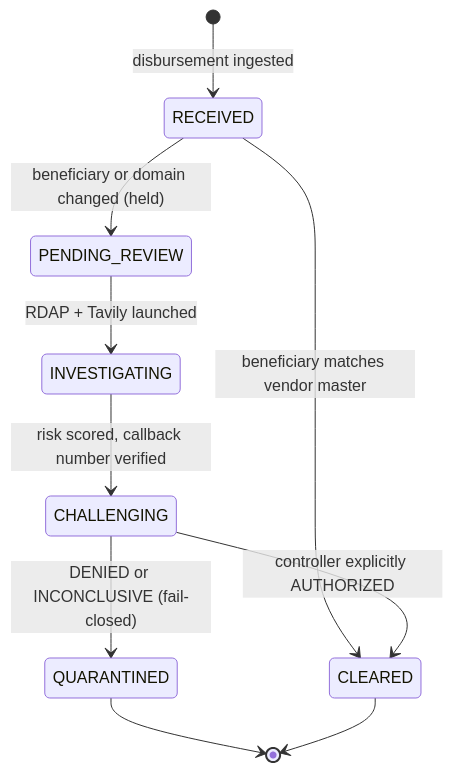
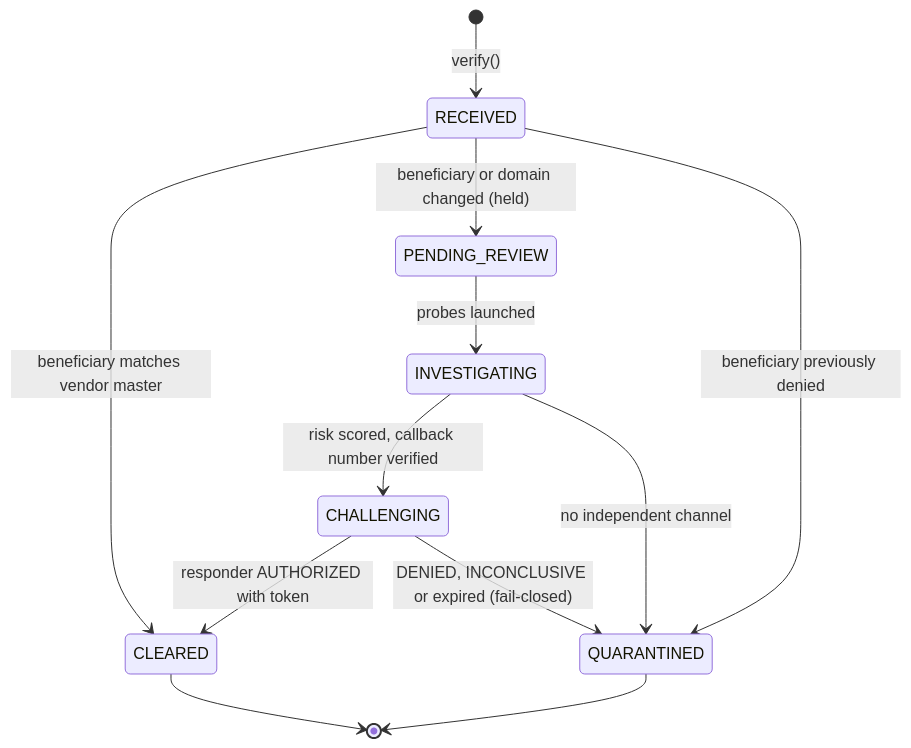
One commit to roshaninfordham/sentinelpay changed the second of 3 diagrams in README.md. Above: the diagram before and after it, drawn with Mermaid. The commit also changed other lines of this file and 70 other files, not shown here.

````diff
--- a/README.md
+++ b/README.md
@@ -170,12 +224,14 @@
 ```mermaid
 stateDiagram-v2
-    [*] --> RECEIVED: disbursement ingested
+    [*] --> RECEIVED: verify()
     RECEIVED --> CLEARED: beneficiary matches vendor master
     RECEIVED --> PENDING_REVIEW: beneficiary or domain changed (held)
-    PENDING_REVIEW --> INVESTIGATING: RDAP + Tavily launched
+    RECEIVED --> QUARANTINED: beneficiary previously denied
+    PENDING_REVIEW --> INVESTIGATING: probes launched
     INVESTIGATING --> CHALLENGING: risk scored, callback number verified
-    CHALLENGING --> QUARANTINED: DENIED or INCONCLUSIVE (fail-closed)
-    CHALLENGING --> CLEARED: controller explicitly AUTHORIZED
+    INVESTIGATING --> QUARANTINED: no independent channel
+    CHALLENGING --> CLEARED: responder AUTHORIZED with token
+    CHALLENGING --> QUARANTINED: DENIED, INCONCLUSIVE or expired (fail-closed)
     QUARANTINED --> [*]
     CLEARED --> [*]
 ```
````
